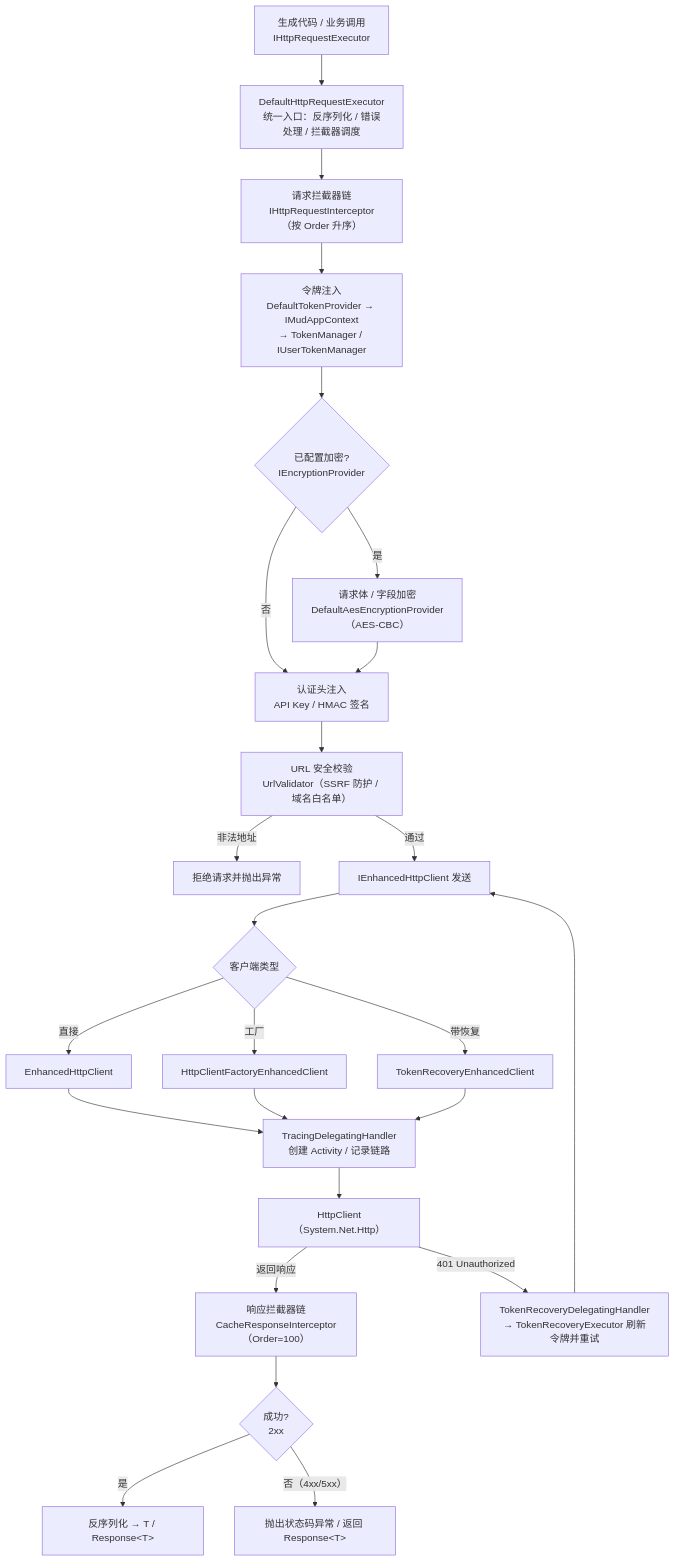
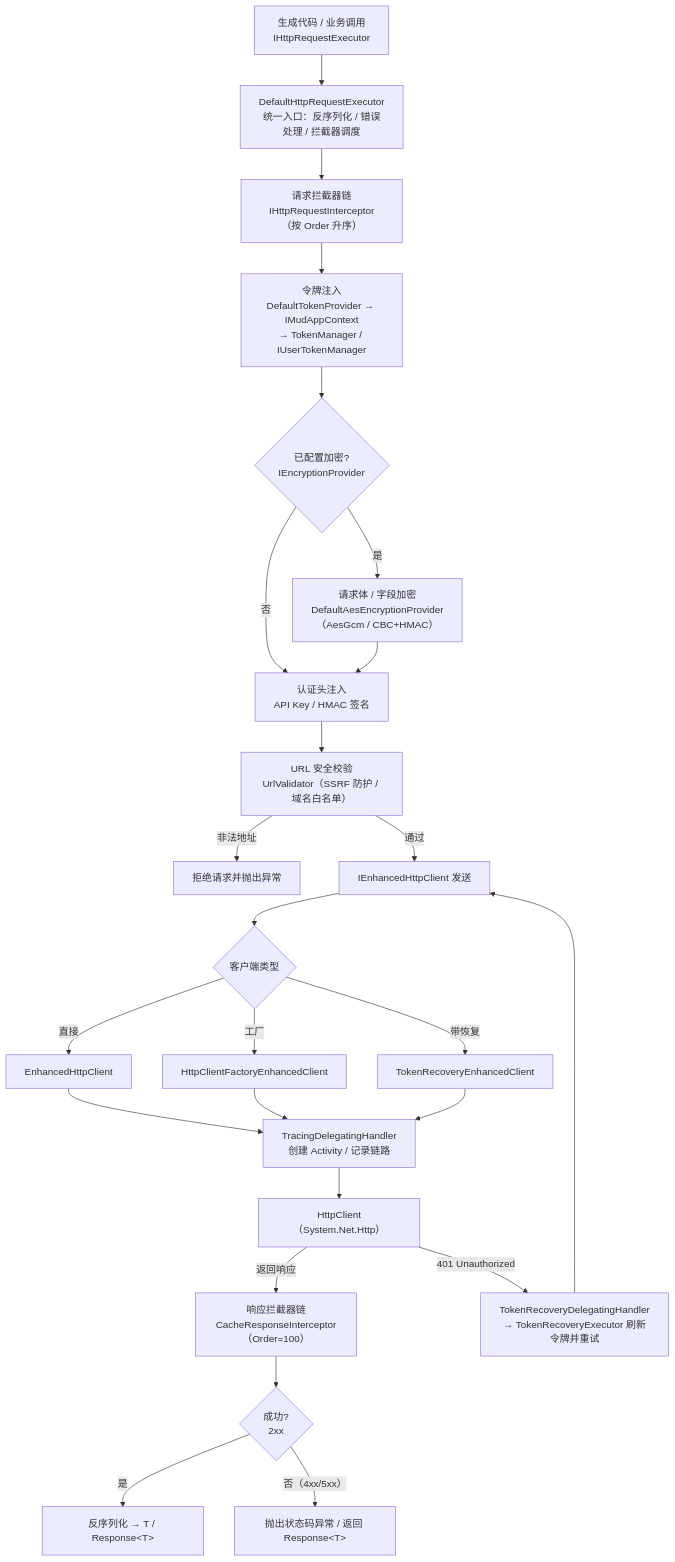
Before and after one commit to mudtools/MudHttpUtils: the first of 2 diagrams in Mud.HttpUtils.Client/README.md, drawn with Mermaid. The commit also changed other lines of this file and 12 other files, not shown here.

Commit message:
refactor(encryption): 移除裸 CBC 路径并统一认证加密

````diff
--- a/Mud.HttpUtils.Client/README.md
+++ b/Mud.HttpUtils.Client/README.md
@@ -646,31 +664,31 @@
 ```mermaid
 flowchart TD
     Start["生成代码 / 业务调用<br/>IHttpRequestExecutor"] --> EX["DefaultHttpRequestExecutor<br/>统一入口：反序列化 / 错误处理 / 拦截器调度"]
 
     EX --> ReqI["请求拦截器链<br/>IHttpRequestInterceptor（按 Order 升序）"]
     ReqI --> Token["令牌注入<br/>DefaultTokenProvider → IMudAppContext<br/>→ TokenManager / IUserTokenManager"]
     Token --> Enc{"已配置加密?<br/>IEncryptionProvider"}
-    Enc -->|"是"| EncOp["请求体 / 字段加密<br/>DefaultAesEncryptionProvider（AES-CBC）"]
+    Enc -->|"是"| EncOp["请求体 / 字段加密<br/>DefaultAesEncryptionProvider（AesGcm / CBC+HMAC）"]
     Enc -->|"否"| Auth
     EncOp --> Auth["认证头注入<br/>API Key / HMAC 签名"]
     Auth --> UrlCheck["URL 安全校验<br/>UrlValidator（SSRF 防护 / 域名白名单）"]
     UrlCheck -->|"非法地址"| UrlErr["拒绝请求并抛出异常"]
     UrlCheck -->|"通过"| Client["IEnhancedHttpClient 发送"]
 
     Client --> Mode{"客户端类型"}
     Mode -->|"直接"| EHC["EnhancedHttpClient"]
     Mode -->|"工厂"| FH["HttpClientFactoryEnhancedClient"]
     Mode -->|"带恢复"| TR["TokenRecoveryEnhancedClient"]
     EHC --> Trace["TracingDelegatingHandler<br/>创建 Activity / 记录链路"]
     FH --> Trace
     TR --> Trace
     Trace --> Net["HttpClient（System.Net.Http）"]
 
     Net -->|"返回响应"| RespI["响应拦截器链<br/>CacheResponseInterceptor（Order=100）"]
     RespI --> Dec{"成功?<br/>2xx"}
     Dec -->|"是"| Deser["反序列化 → T / Response&lt;T&gt;"]
     Dec -->|"否（4xx/5xx）"| Err["抛出状态码异常 / 返回 Response&lt;T&gt;"]
 
     Net -->|"401 Unauthorized"| Recover["TokenRecoveryDelegatingHandler<br/>→ TokenRecoveryExecutor 刷新令牌并重试"]
     Recover --> Client
 ```
````
